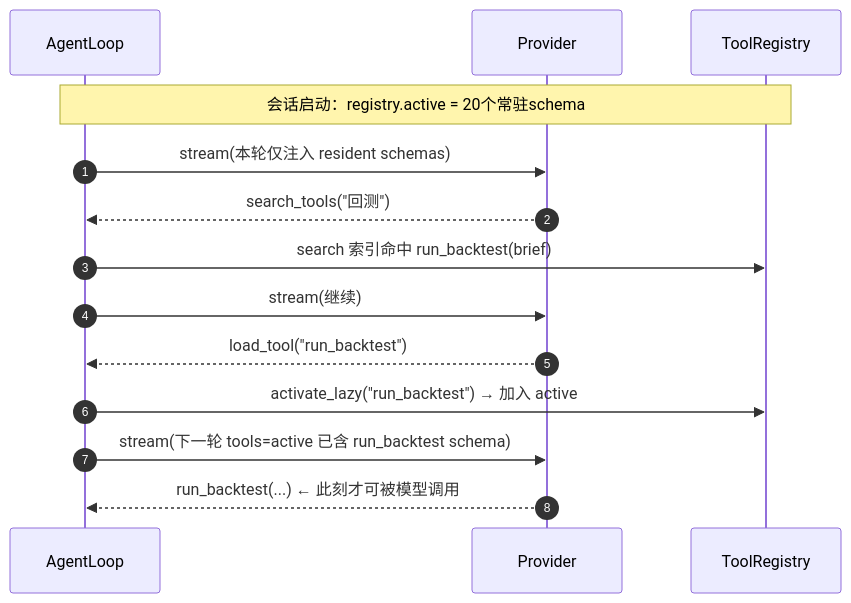
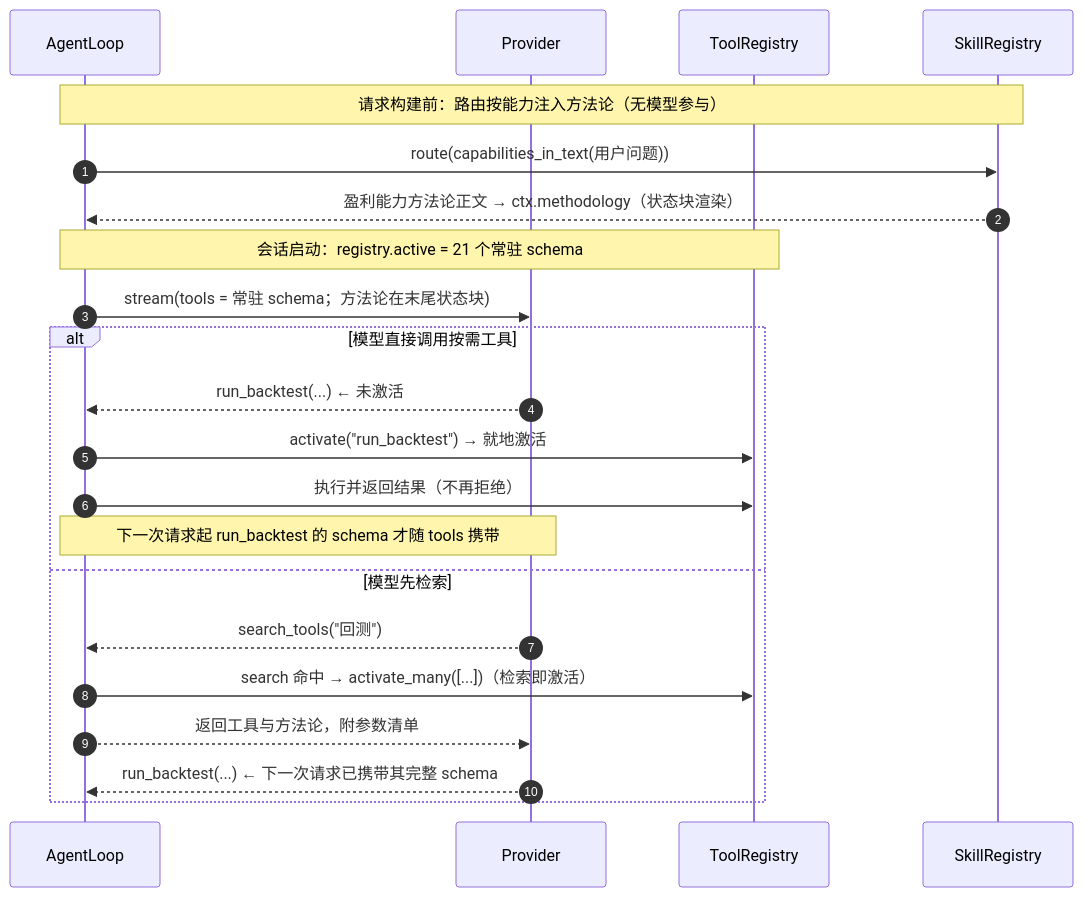
The second of 5 diagrams in docs/modules/FinHarness架构与模块详细设计.md (wkjfeuheru/FinCopilot), drawn with Mermaid before and after one commit. The commit also changed other lines of this file and 201 other files, not shown here.

````diff
--- a/docs/modules/FinHarness架构与模块详细设计.md
+++ b/docs/modules/FinHarness架构与模块详细设计.md
@@ -302,16 +306,27 @@
 ```mermaid
 sequenceDiagram
     autonumber
     participant L as AgentLoop
     participant P as Provider
     participant R as ToolRegistry
-    Note over L,R: 会话启动：registry.active = 20个常驻schema
-    L->>P: stream(本轮仅注入 resident schemas)
-    P-->>L: search_tools("回测")
-    L->>R: search 索引命中 run_backtest(brief)
-    L->>P: stream(继续)
-    P-->>L: load_tool("run_backtest")
-    L->>R: activate_lazy("run_backtest") → 加入 active
-    L->>P: stream(下一轮 tools=active 已含 run_backtest schema)
-    P-->>L: run_backtest(...)  ← 此刻才可被模型调用
+    participant S as SkillRegistry
+
+    Note over L,S: 请求构建前：路由按能力注入方法论（无模型参与）
+    L->>S: route(capabilities_in_text(用户问题))
+    S-->>L: 盈利能力方法论正文 → ctx.methodology（状态块渲染）
+
+    Note over L,R: 会话启动：registry.active = 21 个常驻 schema
+    L->>P: stream(tools = 常驻 schema；方法论在末尾状态块)
+
+    alt 模型直接调用按需工具
+        P-->>L: run_backtest(...)   ← 未激活
+        L->>R: activate("run_backtest") → 就地激活
+        L->>R: 执行并返回结果（不再拒绝）
+        Note over L,P: 下一次请求起 run_backtest 的 schema 才随 tools 携带
+    else 模型先检索
+        P-->>L: search_tools("回测")
+        L->>R: search 命中 → activate_many([...])（检索即激活）
+        L-->>P: 返回工具与方法论，附参数清单
+        P-->>L: run_backtest(...)   ← 下一次请求已携带其完整 schema
+    end
 ```
````
